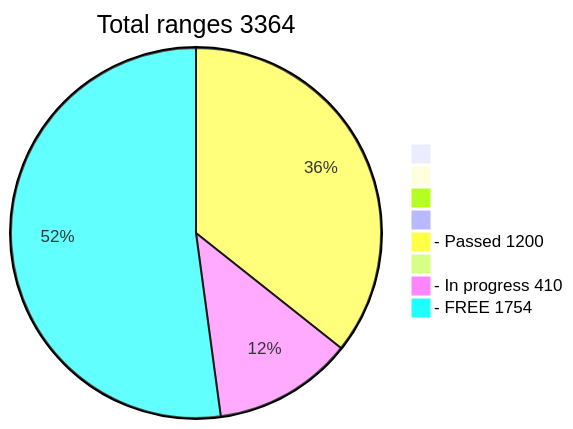
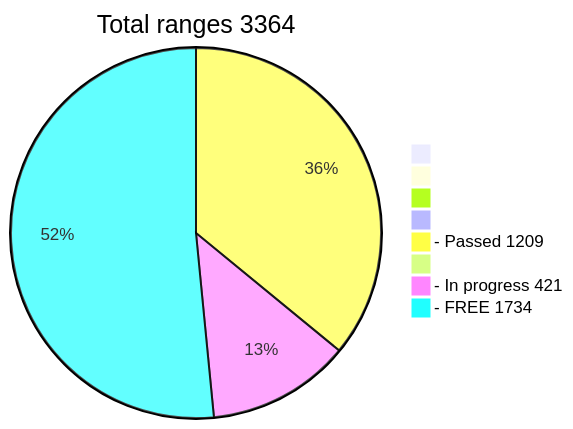
The diagram in README.md (phrutis/wif500), drawn with Mermaid before and after one commit.

````diff
--- a/README.md
+++ b/README.md
@@ -16,12 +16,12 @@
 ```mermaid
 pie title Total ranges 3364
              " " : 0
             "  " : 0
            "   " : 0
           "    " : 0
-  "- Passed 1200" : 1200
+  "- Passed 1209" : 1209
          "     " : 0
-  "- In progress 410" : 410
-   "- FREE 1754" : 1754
+  "- In progress 421" : 421
+   "- FREE 1734" : 1734
    
 ```
````
